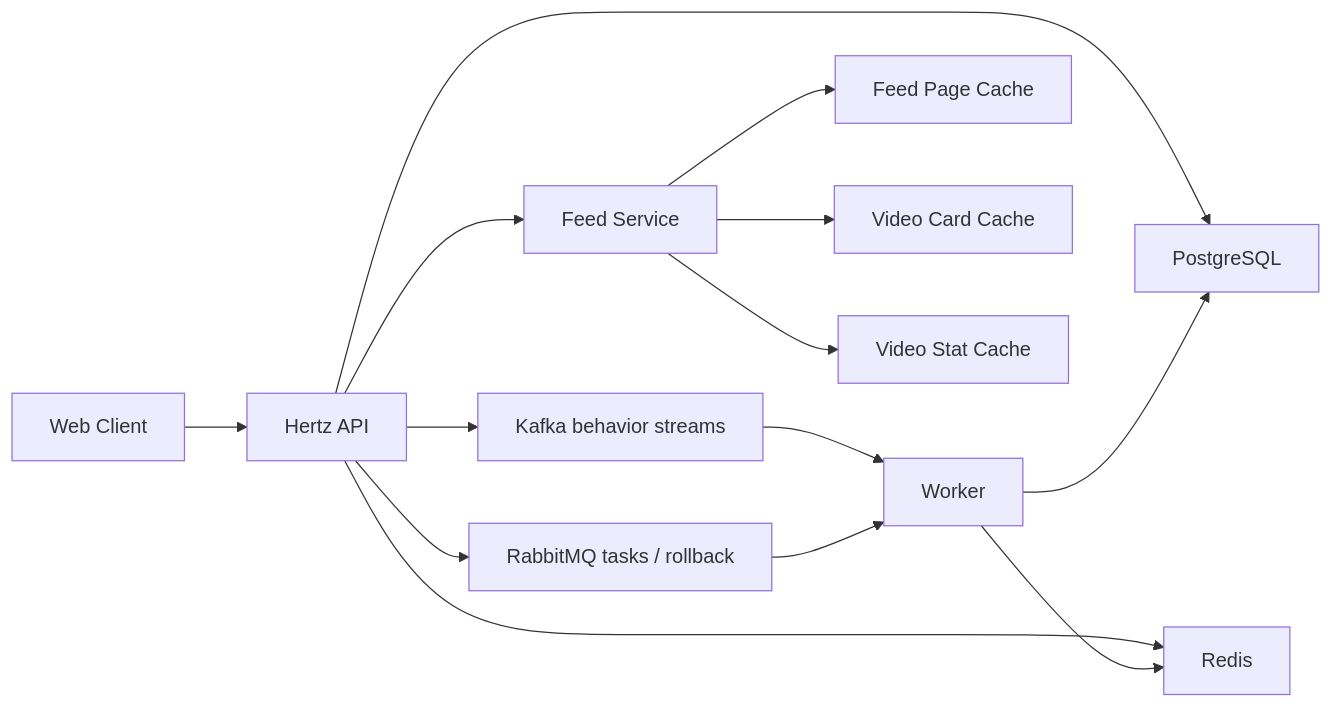
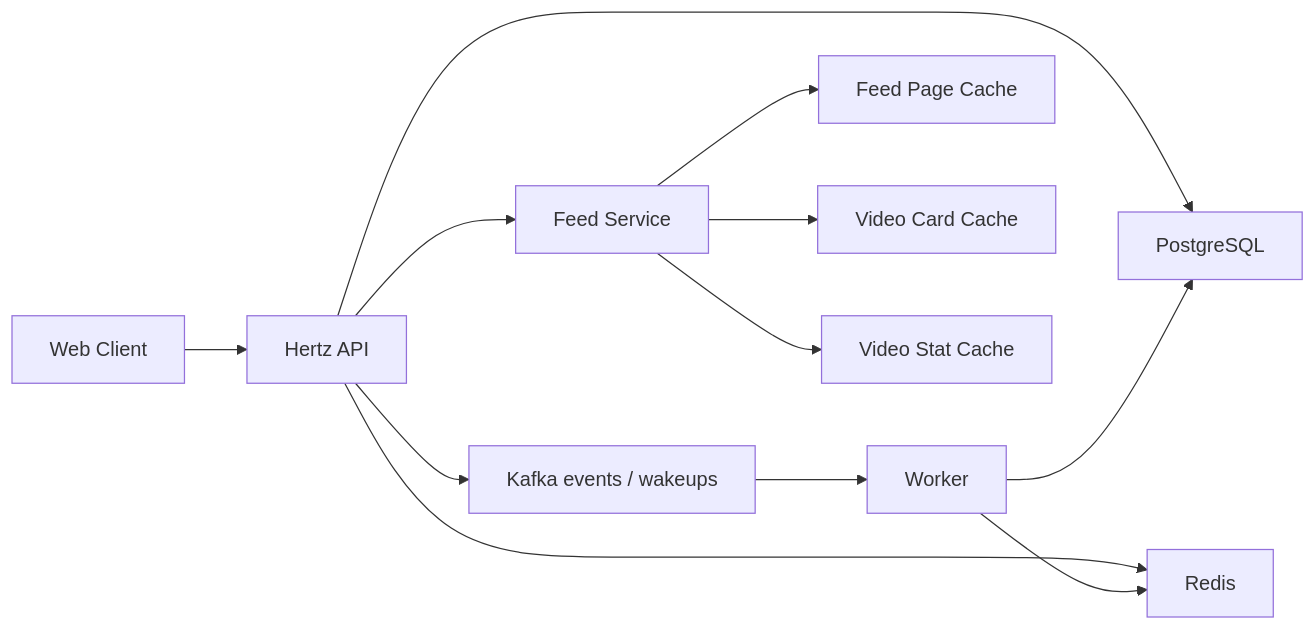
The diagram in docs/optimization.md (shiyudesu/frux), drawn with Mermaid before and after one commit. The commit also changed other lines of this file and 103 other files, not shown here.

````diff
--- a/docs/optimization.md
+++ b/docs/optimization.md
@@ -15,17 +15,15 @@
 ```mermaid
 flowchart LR
     Client["Web Client"] --> API["Hertz API"]
     API --> PostgreSQL["PostgreSQL"]
     API --> Redis["Redis"]
-    API --> Kafka["Kafka behavior streams"]
-    API --> RabbitMQ["RabbitMQ tasks / rollback"]
+    API --> Kafka["Kafka events / wakeups"]
     Kafka --> Worker["Worker"]
-    RabbitMQ --> Worker
     Worker --> PostgreSQL
     Worker --> Redis
 
     API --> FeedService["Feed Service"]
     FeedService --> PageCache["Feed Page Cache"]
     FeedService --> CardCache["Video Card Cache"]
     FeedService --> StatCache["Video Stat Cache"]
 ```
````
